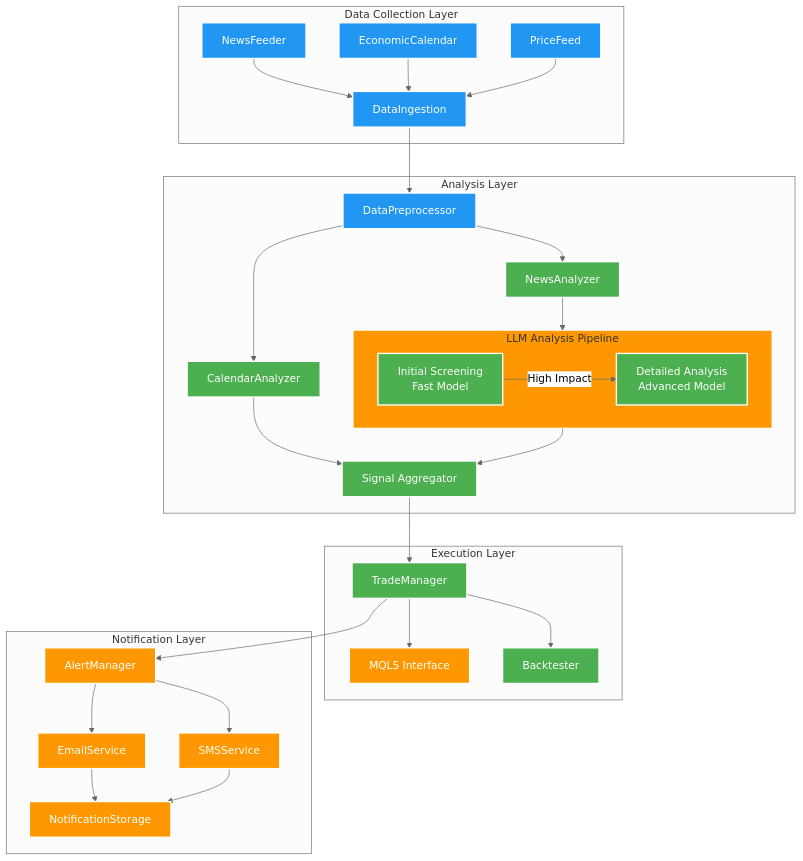
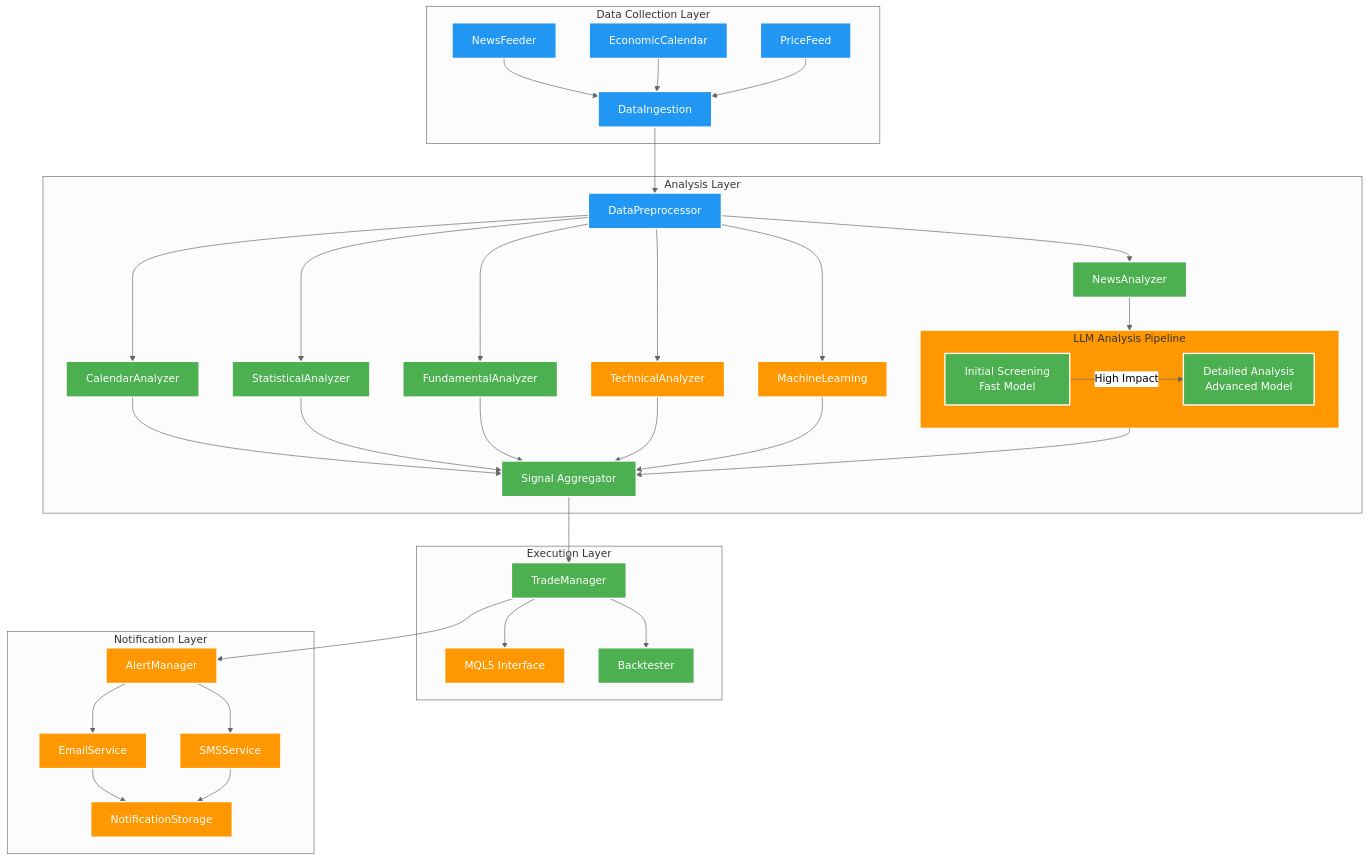
One commit to lunixcode/trading_system changed the diagram in docs/arch2.md. Above: the diagram before and after it, drawn with Mermaid (neutral theme).

Commit message:
Again architecture update

````diff
--- a/docs/arch2.md
+++ b/docs/arch2.md
@@ -1,52 +1,64 @@
 ```mermaid
 flowchart TD
     subgraph DataCollection["Data Collection Layer"]
         NF[NewsFeeder]
         EC[EconomicCalendar]
         PF[PriceFeed]
         
         NF --> DI[DataIngestion]
         EC --> DI
         PF --> DI
     end
 
     subgraph Analysis["Analysis Layer"]
         DI --> PP[DataPreprocessor]
         PP --> NA[NewsAnalyzer]
         PP --> CA[CalendarAnalyzer]
         
+        %% New Quantitative Classes
+        PP --> SA[StatisticalAnalyzer]
+        PP --> FA[FundamentalAnalyzer]
+        PP --> TA[TechnicalAnalyzer]
+        PP --> ML[MachineLearning]
+        
         subgraph LLMPipeline["LLM Analysis Pipeline"]
             style LLMPipeline fill:#ff9800,stroke:#fff
             IS[Initial Screening<br>Fast Model]
             DA[Detailed Analysis<br>Advanced Model]
             IS --> |High Impact| DA
         end
         
         NA --> LLMPipeline
-        CA --> SA[Signal Aggregator]
-        LLMPipeline --> SA
+        CA --> SG[Signal Aggregator]
+        LLMPipeline --> SG
+        
+        %% Connect Quant outputs to Signal Aggregator
+        SA --> SG
+        FA --> SG
+        TA --> SG
+        ML --> SG
     end
 
     subgraph Execution["Execution Layer"]
-        SA --> TM[TradeManager]
+        SG --> TM[TradeManager]
         TM --> MQ[MQL5 Interface]
         TM --> BT[Backtester]
     end
 
     subgraph Notification["Notification Layer"]
         TM --> AM[AlertManager]
         AM --> EM[EmailService]
         AM --> SM[SMSService]
         
         EM --> NS[NotificationStorage]
         SM --> NS
     end
 
     classDef dataPipeline fill:#2196f3,stroke:#fff,stroke-width:2px,color:#fff
     classDef analysis fill:#4caf50,stroke:#fff,stroke-width:2px,color:#fff
     classDef execution fill:#ff9800,stroke:#fff,stroke-width:2px,color:#fff
     
     class NF,EC,PF,DI,PP dataPipeline
-    class NA,CA,IS,DA,SA,TM,BT analysis
-    class MQ,AM,EM,SM,NS execution
+    class NA,CA,IS,DA,SG,TM,BT,SA,FA analysis
+    class MQ,AM,EM,SM,NS,TA,ML execution
 ```
````
